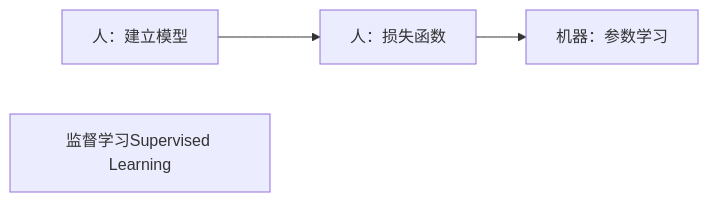
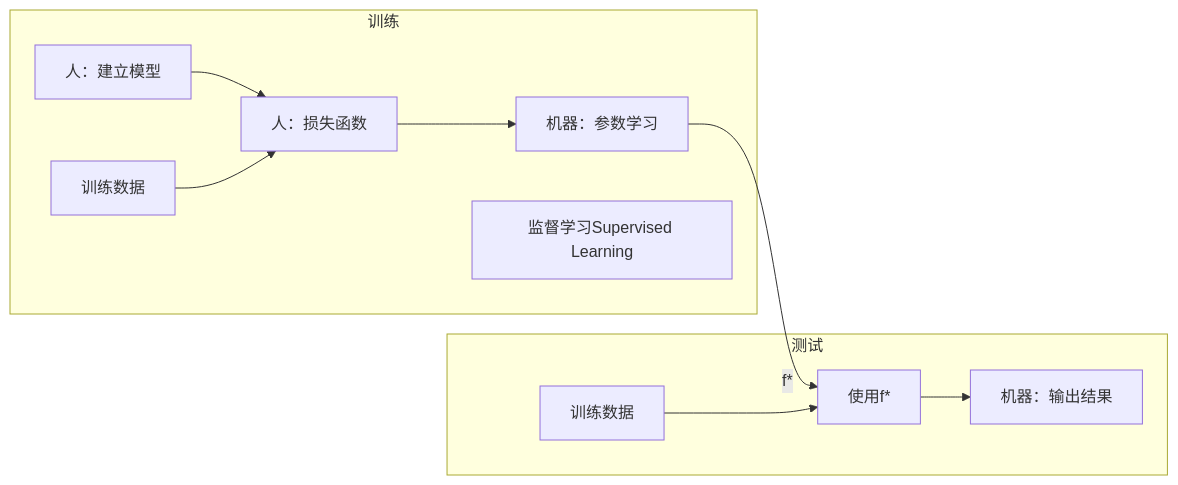
The second of 2 diagrams in README.md (forget-eve/Machine-Learning-and-its-Security-Applications), drawn with Mermaid before and after one commit. The commit also changed other lines of this file, not shown here.

````diff
--- a/README.md
+++ b/README.md
@@ -78,6 +78,14 @@
 ```mermaid
 graph LR
+subgraph 训练
 A[人：建立模型]-->B[人：损失函数]
+E[训练数据]-->B
 B-->C[机器：参数学习]
 D[监督学习Supervised Learning]
+end
+subgraph 测试
+C-->|f*|F[使用f*]
+G[训练数据]-->F
+F-->H[机器：输出结果]
+end
 ```
````
